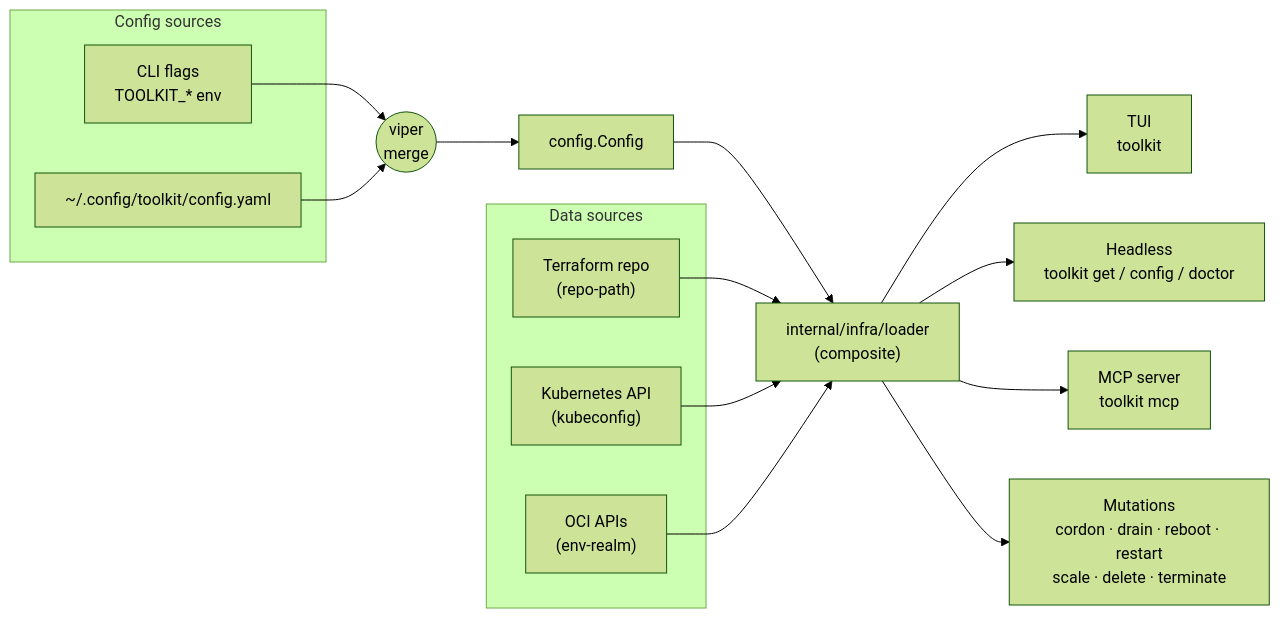
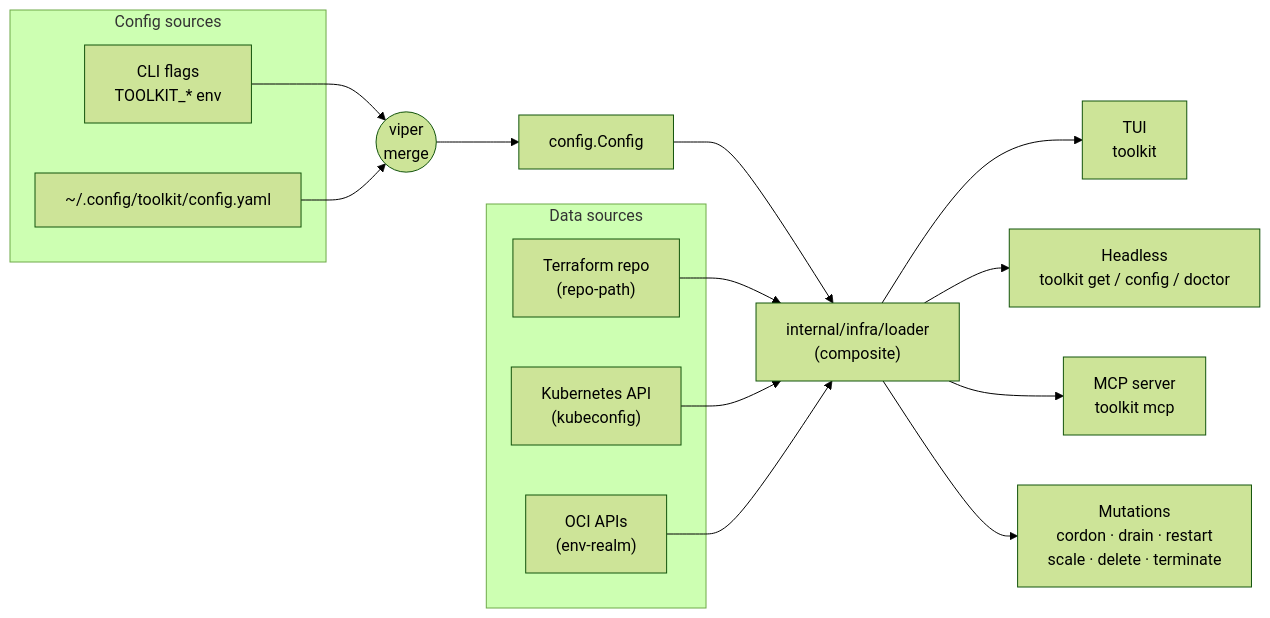
The diagram in README.md (jingle2008/toolkit), drawn with Mermaid (forest theme) before and after one commit. The commit also changed other lines of this file and 25 other files, not shown here.

First line of the commit message:
refactor!: fold InferenceService keys into the shared actions; reboot -> restart

````diff
--- a/README.md
+++ b/README.md
@@ -31,27 +31,27 @@
 ```mermaid
 flowchart LR
     subgraph CFG ["Config sources"]
         flags["CLI flags<br/>TOOLKIT_* env"]
         file["~/.config/toolkit/config.yaml"]
     end
     flags --> viper((viper<br/>merge))
     file --> viper
     viper --> Cfg["config.Config"]
 
     subgraph SRC ["Data sources"]
         tf["Terraform repo<br/>(repo-path)"]
         k8s["Kubernetes API<br/>(kubeconfig)"]
         oci["OCI APIs<br/>(env-realm)"]
     end
 
     Cfg --> Loader
     tf --> Loader
     k8s --> Loader
     oci --> Loader
     Loader["internal/infra/loader<br/>(composite)"]
 
     Loader --> TUI["TUI<br/>toolkit"]
     Loader --> Get["Headless<br/>toolkit get / config / doctor"]
     Loader --> MCP["MCP server<br/>toolkit mcp"]
-    Loader --> Mut["Mutations<br/>cordon · drain · reboot · restart<br/>scale · delete · terminate"]
+    Loader --> Mut["Mutations<br/>cordon · drain · restart<br/>scale · delete · terminate"]
 ```
````
